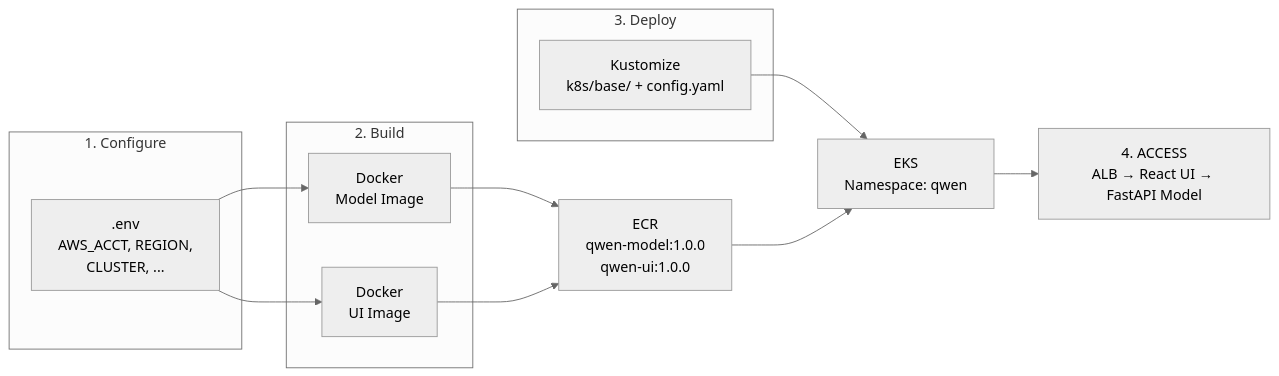
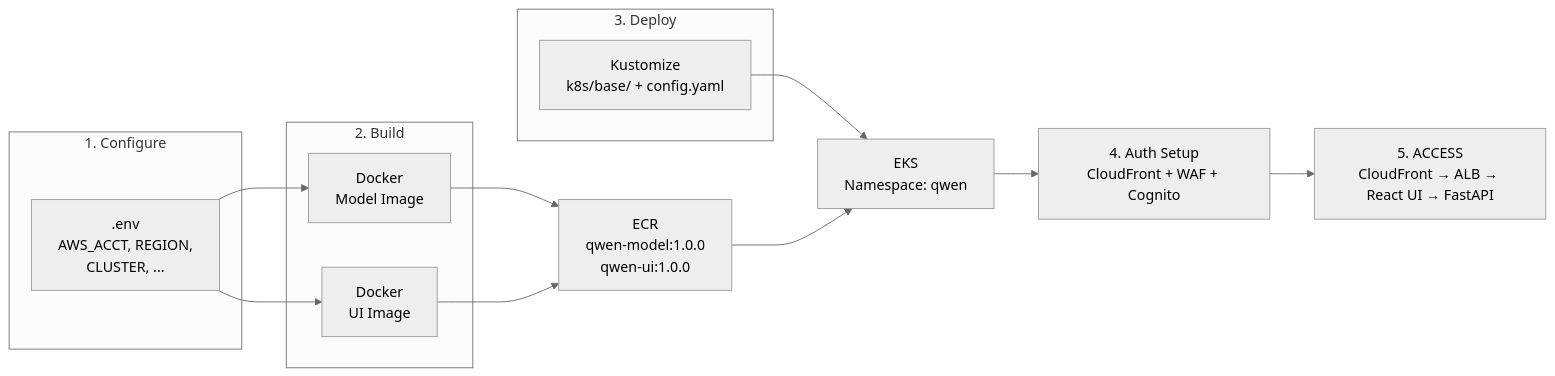
One commit to garystafford/qwen-image-edit-2511-eks-react changed the third of 5 diagrams in README.md. Above: the diagram before and after it, drawn with Mermaid (neutral theme). The commit also changed other lines of this file and 10 other files, not shown here.

First line of the commit message:
Add CloudFront + WAF + Cognito authentication

````diff
--- a/README.md
+++ b/README.md
@@ -44,23 +51,24 @@
 ```mermaid
 graph LR
     subgraph "1. Configure"
         env[".env<br/>AWS_ACCT, REGION,<br/>CLUSTER, ..."]
     end
 
     subgraph "2. Build"
         model_img["Docker<br/>Model Image"]
         ui_img["Docker<br/>UI Image"]
     end
 
     subgraph "3. Deploy"
         kust["Kustomize<br/>k8s/base/ + config.yaml"]
     end
 
     env --> model_img
     env --> ui_img
     model_img --> ECR["ECR<br/>qwen-model:1.0.0<br/>qwen-ui:1.0.0"]
     ui_img --> ECR
     kust --> EKS["EKS<br/>Namespace: qwen"]
     ECR --> EKS
-    EKS --> access["4. ACCESS<br/>ALB → React UI → FastAPI Model"]
+    EKS --> cfauth["4. Auth Setup<br/>CloudFront + WAF + Cognito"]
+    cfauth --> access["5. ACCESS<br/>CloudFront → ALB → React UI → FastAPI"]
 ```
````
